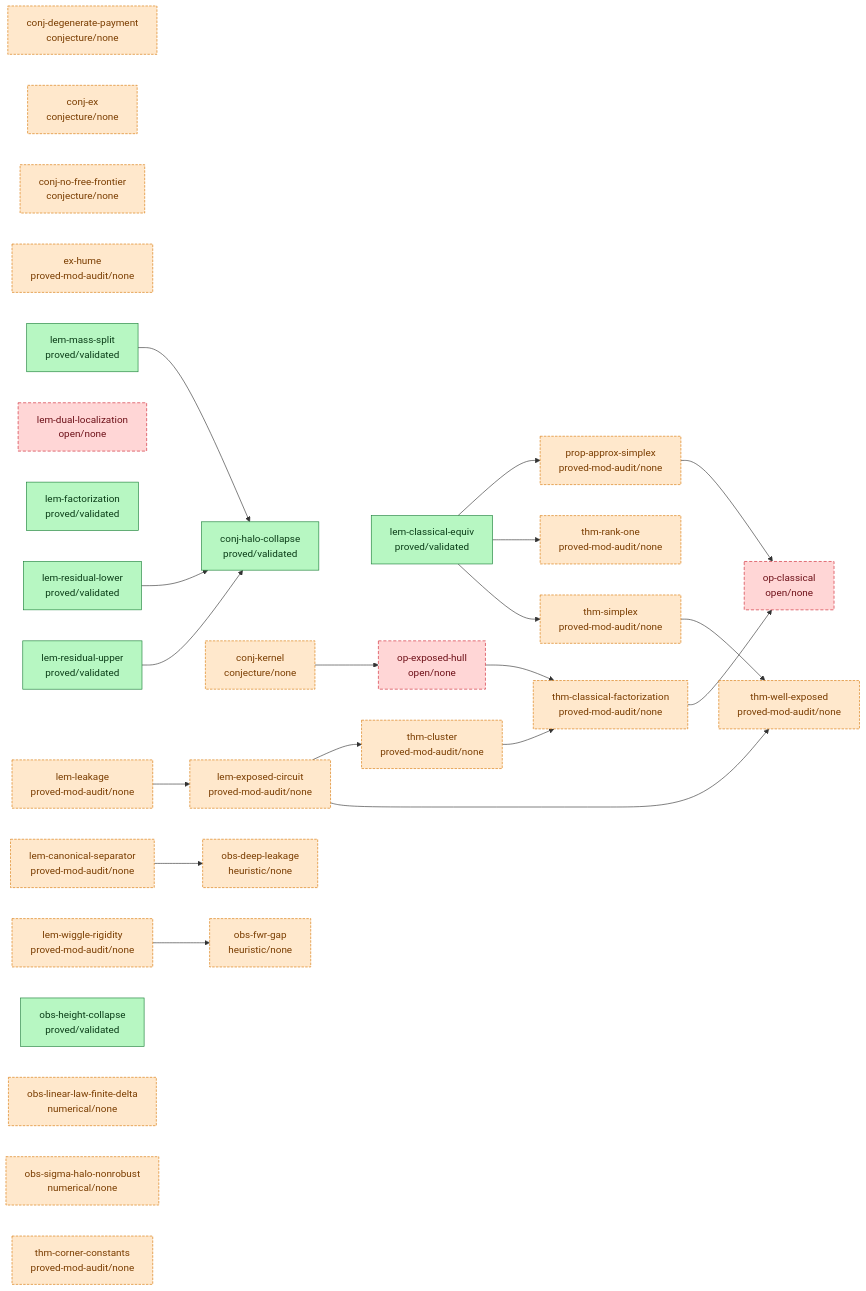
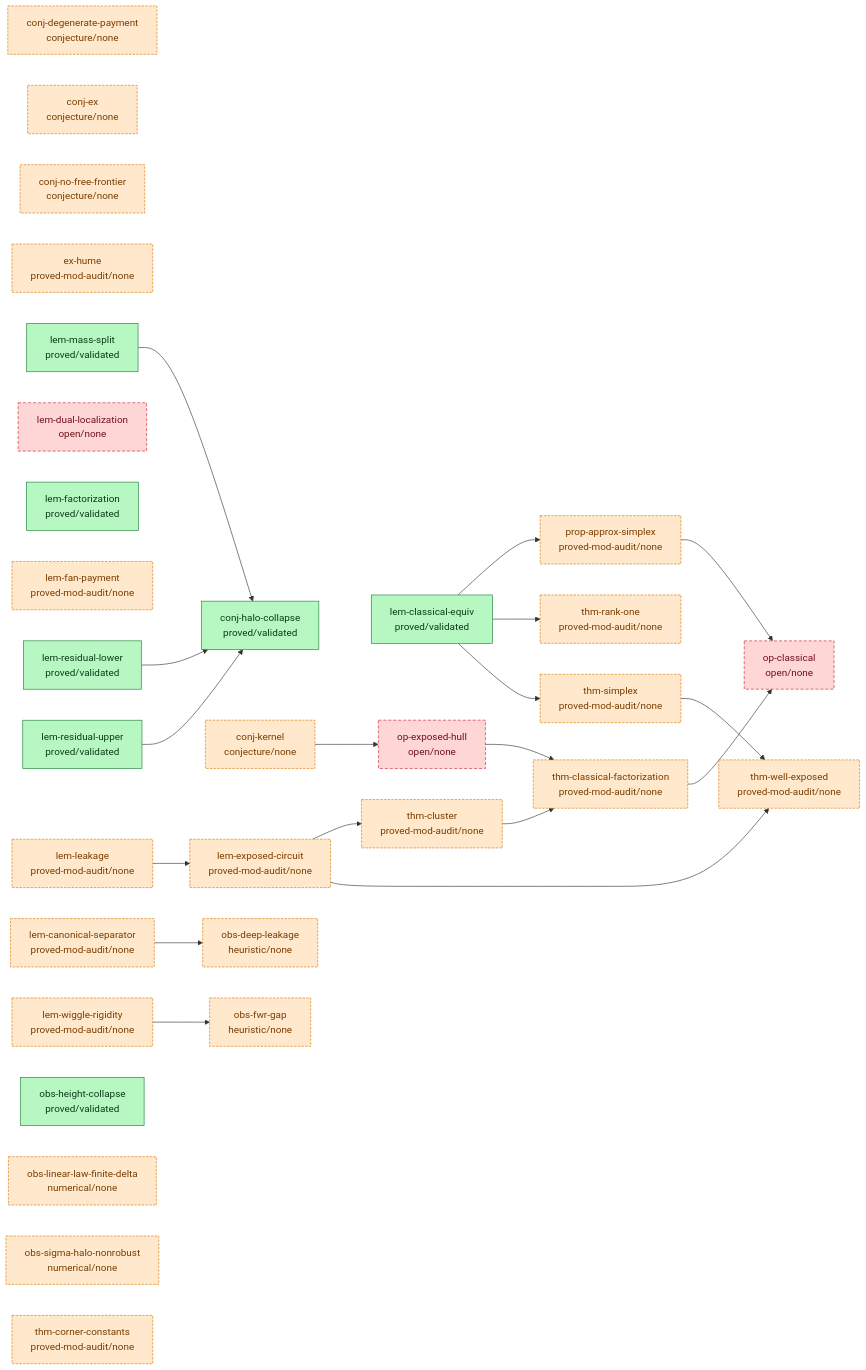
Before and after one commit to tobiasosborne/almost-idempotent-stochastic-maps: the diagram in argument/DAG.md, drawn with Mermaid. The commit also changed other lines of this file and 4 other files, not shown here.

First line of the commit message:
Codify lem-fan-payment: the A10 all-mass zero-sum fan inequality (proved-mod-audit)

````diff
--- a/argument/DAG.md
+++ b/argument/DAG.md
@@ -6,60 +6,61 @@
 ```mermaid
 graph LR
   classDef validated fill:#b7f7c2,stroke:#1a7f37,color:#0b3d18;
   classDef proved fill:#cfe3ff,stroke:#0969da,color:#0a3069;
   classDef seeded fill:#fff3c4,stroke:#bf8700,color:#5a4500;
   classDef stated fill:#eaecef,stroke:#8b949e,color:#24292f;
   classDef cited fill:#e7d6ff,stroke:#8250df,color:#3b1a73;
   classDef nonrigorous fill:#ffe8cc,stroke:#d97706,color:#7a3d00,stroke-dasharray:4 2;
   classDef open fill:#ffd6d6,stroke:#cf222e,color:#6e1119,stroke-dasharray:5 3;
   conj-degenerate-payment["conj-degenerate-payment<br/>conjecture/none"]
   conj-ex["conj-ex<br/>conjecture/none"]
   conj-halo-collapse["conj-halo-collapse<br/>proved/validated"]
   conj-kernel["conj-kernel<br/>conjecture/none"]
   conj-no-free-frontier["conj-no-free-frontier<br/>conjecture/none"]
   ex-hume["ex-hume<br/>proved-mod-audit/none"]
   lem-canonical-separator["lem-canonical-separator<br/>proved-mod-audit/none"]
   lem-classical-equiv["lem-classical-equiv<br/>proved/validated"]
   lem-dual-localization["lem-dual-localization<br/>open/none"]
   lem-exposed-circuit["lem-exposed-circuit<br/>proved-mod-audit/none"]
   lem-factorization["lem-factorization<br/>proved/validated"]
+  lem-fan-payment["lem-fan-payment<br/>proved-mod-audit/none"]
   lem-leakage["lem-leakage<br/>proved-mod-audit/none"]
   lem-mass-split["lem-mass-split<br/>proved/validated"]
   lem-residual-lower["lem-residual-lower<br/>proved/validated"]
   lem-residual-upper["lem-residual-upper<br/>proved/validated"]
   lem-wiggle-rigidity["lem-wiggle-rigidity<br/>proved-mod-audit/none"]
   obs-deep-leakage["obs-deep-leakage<br/>heuristic/none"]
   obs-fwr-gap["obs-fwr-gap<br/>heuristic/none"]
   obs-height-collapse["obs-height-collapse<br/>proved/validated"]
   obs-linear-law-finite-delta["obs-linear-law-finite-delta<br/>numerical/none"]
   obs-sigma-halo-nonrobust["obs-sigma-halo-nonrobust<br/>numerical/none"]
   op-classical["op-classical<br/>open/none"]
   op-exposed-hull["op-exposed-hull<br/>open/none"]
   prop-approx-simplex["prop-approx-simplex<br/>proved-mod-audit/none"]
   thm-classical-factorization["thm-classical-factorization<br/>proved-mod-audit/none"]
   thm-cluster["thm-cluster<br/>proved-mod-audit/none"]
   thm-corner-constants["thm-corner-constants<br/>proved-mod-audit/none"]
   thm-rank-one["thm-rank-one<br/>proved-mod-audit/none"]
   thm-simplex["thm-simplex<br/>proved-mod-audit/none"]
   thm-well-exposed["thm-well-exposed<br/>proved-mod-audit/none"]
   conj-kernel --> op-exposed-hull
   lem-canonical-separator --> obs-deep-leakage
   lem-classical-equiv --> prop-approx-simplex
   lem-classical-equiv --> thm-rank-one
   lem-classical-equiv --> thm-simplex
   lem-exposed-circuit --> thm-cluster
   lem-exposed-circuit --> thm-well-exposed
   lem-leakage --> lem-exposed-circuit
   lem-mass-split --> conj-halo-collapse
   lem-residual-lower --> conj-halo-collapse
   lem-residual-upper --> conj-halo-collapse
   lem-wiggle-rigidity --> obs-fwr-gap
   op-exposed-hull --> thm-classical-factorization
   prop-approx-simplex --> op-classical
   thm-classical-factorization --> op-classical
   thm-cluster --> thm-classical-factorization
   thm-simplex --> thm-well-exposed
   class conj-halo-collapse,lem-classical-equiv,lem-factorization,lem-mass-split,lem-residual-lower,lem-residual-upper,obs-height-collapse validated;
-  class conj-degenerate-payment,conj-ex,conj-kernel,conj-no-free-frontier,ex-hume,lem-canonical-separator,lem-exposed-circuit,lem-leakage,lem-wiggle-rigidity,obs-deep-leakage,obs-fwr-gap,obs-linear-law-finite-delta,obs-sigma-halo-nonrobust,prop-approx-simplex,thm-classical-factorization,thm-cluster,thm-corner-constants,thm-rank-one,thm-simplex,thm-well-exposed nonrigorous;
+  class conj-degenerate-payment,conj-ex,conj-kernel,conj-no-free-frontier,ex-hume,lem-canonical-separator,lem-exposed-circuit,lem-fan-payment,lem-leakage,lem-wiggle-rigidity,obs-deep-leakage,obs-fwr-gap,obs-linear-law-finite-delta,obs-sigma-halo-nonrobust,prop-approx-simplex,thm-classical-factorization,thm-cluster,thm-corner-constants,thm-rank-one,thm-simplex,thm-well-exposed nonrigorous;
   class lem-dual-localization,op-classical,op-exposed-hull open;
 ```
````
